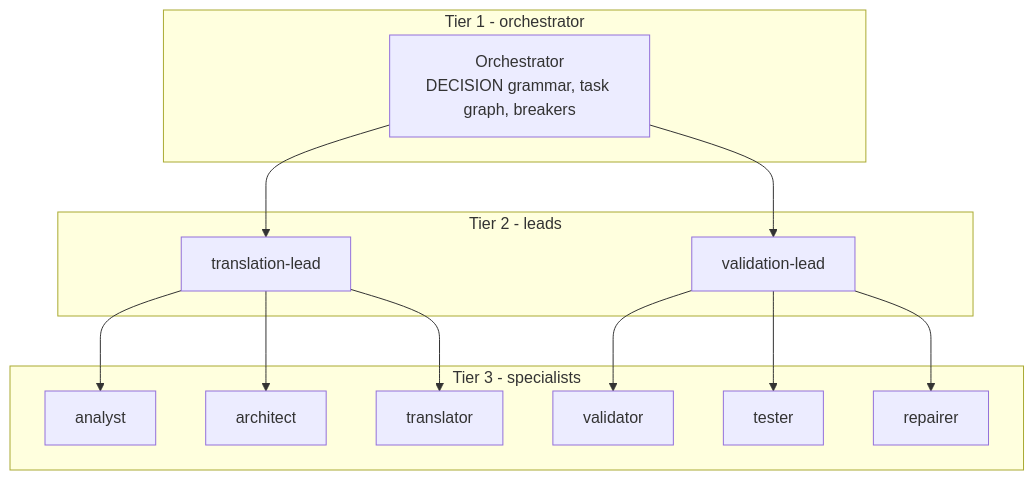
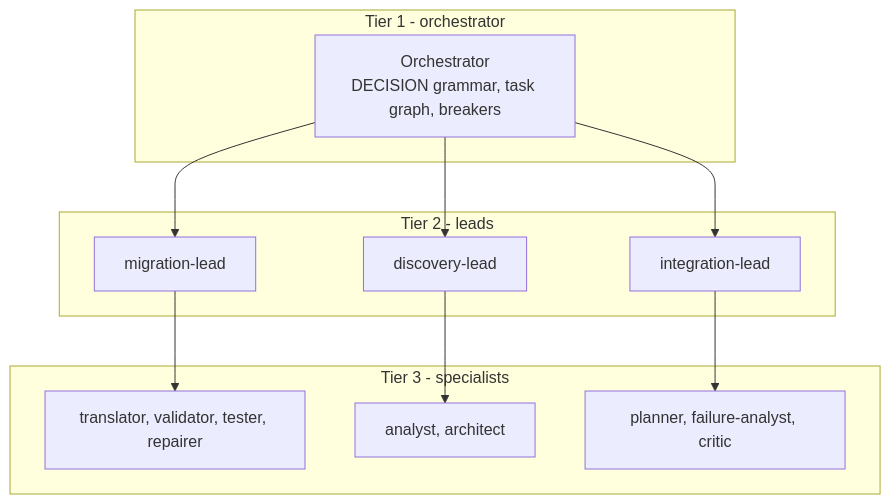
The first of 2 diagrams in docs/slides/slides.md (NTDuck/ARCMiS), drawn with Mermaid before and after one commit. The commit also changed other lines of this file and 135 other files, not shown here.

````diff
--- a/docs/slides/slides.md
+++ b/docs/slides/slides.md
@@ -89,26 +100,22 @@
 ```mermaid
 flowchart TB
   subgraph T1["Tier 1 - orchestrator"]
     ORCH["Orchestrator<br/>DECISION grammar, task graph, breakers"]
   end
   subgraph T2["Tier 2 - leads"]
-    L1["translation-lead"]
-    L2["validation-lead"]
+    L1["migration-lead"]
+    L2["discovery-lead"]
+    L3["integration-lead"]
   end
   subgraph T3["Tier 3 - specialists"]
-    S1["analyst"]
-    S2["architect"]
-    S3["translator"]
-    S4["validator"]
-    S5["tester"]
-    S6["repairer"]
+    S1["translator, validator, tester, repairer"]
+    S2["analyst, architect"]
+    S3["planner, failure-analyst, critic"]
   end
   ORCH --> L1
   ORCH --> L2
+  ORCH --> L3
   L1 --> S1
-  L1 --> S2
-  L1 --> S3
-  L2 --> S4
-  L2 --> S5
-  L2 --> S6
+  L2 --> S2
+  L3 --> S3
 ```
````
